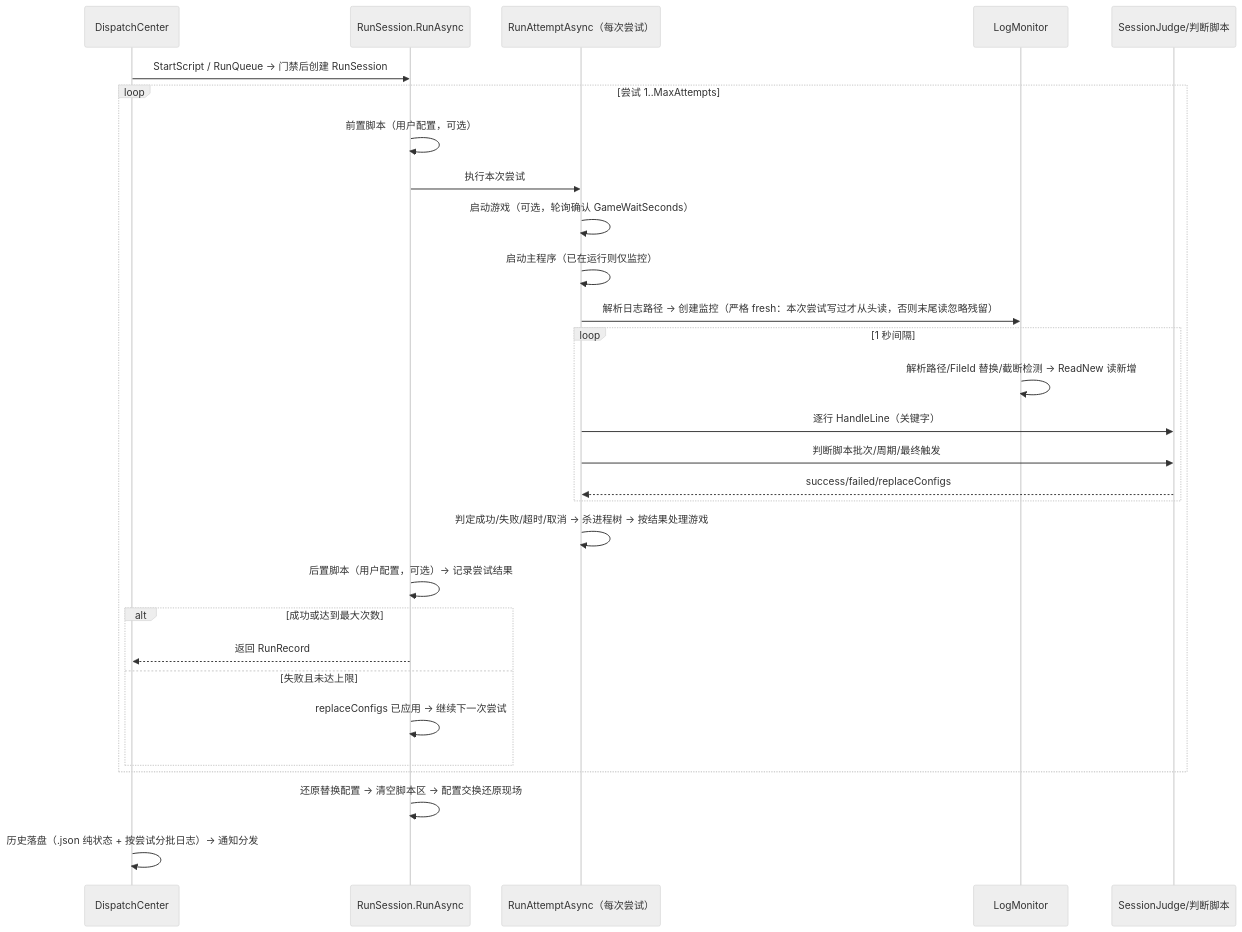
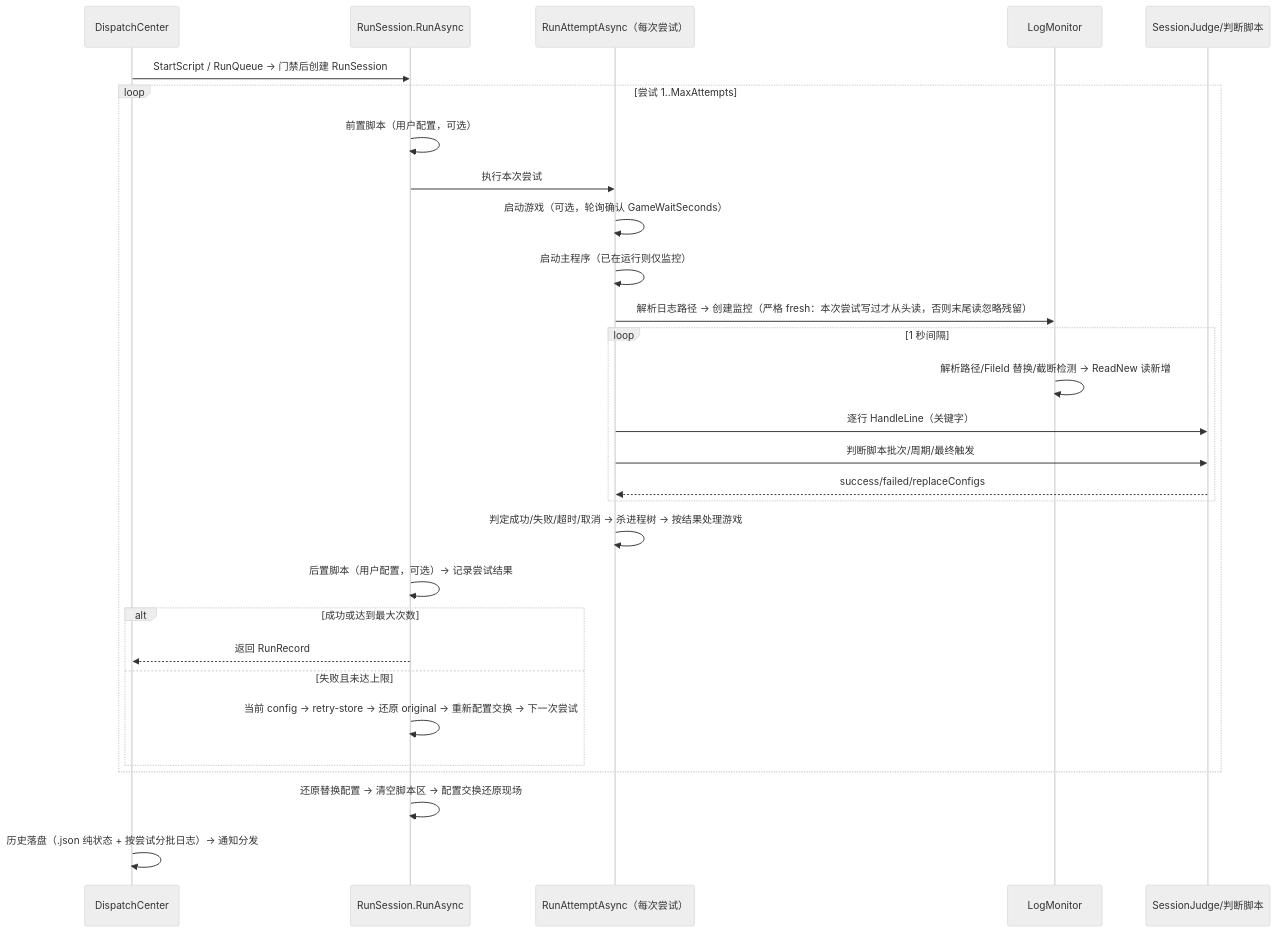
One commit to FlappiBakuse/NexusPipeline changed the first of 4 diagrams in docs/DESIGN.md. Above: the diagram before and after it, drawn with Mermaid (neutral theme). The commit also changed other lines of this file and 42 other files, not shown here.

````diff
--- a/docs/DESIGN.md
+++ b/docs/DESIGN.md
@@ -53,32 +53,32 @@
 ```mermaid
 sequenceDiagram
     participant DC as DispatchCenter
     participant S as RunSession.RunAsync
     participant A as RunAttemptAsync（每次尝试）
     participant M as LogMonitor
     participant J as SessionJudge/判断脚本
 
     DC->>S: StartScript / RunQueue → 门禁后创建 RunSession
     loop 尝试 1..MaxAttempts
         S->>S: 前置脚本（用户配置，可选）
         S->>A: 执行本次尝试
         A->>A: 启动游戏（可选，轮询确认 GameWaitSeconds）
         A->>A: 启动主程序（已在运行则仅监控）
         A->>M: 解析日志路径 → 创建监控（严格 fresh：本次尝试写过才从头读，否则末尾读忽略残留）
         loop 1 秒间隔
             M->>M: 解析路径/FileId 替换/截断检测 → ReadNew 读新增
             A->>J: 逐行 HandleLine（关键字）
             A->>J: 判断脚本批次/周期/最终触发
             J-->>A: success/failed/replaceConfigs
         end
         A->>A: 判定成功/失败/超时/取消 → 杀进程树 → 按结果处理游戏
         S->>S: 后置脚本（用户配置，可选）→ 记录尝试结果
         alt 成功或达到最大次数
             S-->>DC: 返回 RunRecord
         else 失败且未达上限
-            S->>S: replaceConfigs 已应用 → 继续下一次尝试
+            S->>S: 当前 config → retry-store → 还原 original → 重新配置交换 → 下一次尝试
         end
     end
     S->>S: 还原替换配置 → 清空脚本区 → 配置交换还原现场
     DC->>DC: 历史落盘（.json 纯状态 + 按尝试分批日志）→ 通知分发
 ```
````
